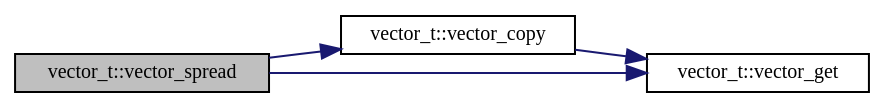
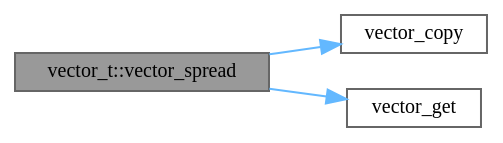
One commit to evjeesm/vector changed the diagram in docs/group__Vector_ga6312527827ba72441feeef4fc4047f94_cgraph.dot. Above: the diagram before and after it, drawn with Graphviz. The commit also changed 166 other files, not shown here.

```diff
--- a/docs/group__Vector_ga6312527827ba72441feeef4fc4047f94_cgraph.dot
+++ b/docs/group__Vector_ga6312527827ba72441feeef4fc4047f94_cgraph.dot
@@ -1,15 +1,14 @@
 digraph "vector_t::vector_spread"
 {
  // INTERACTIVE_SVG=YES
  // LATEX_PDF_SIZE
   bgcolor="transparent";
-  edge [fontname="Mononoki",fontsize="10",labelfontname="Mononoki",labelfontsize="10"];
-  node [fontname="Mononoki",fontsize="10",shape=record];
+  edge [fontname=Mononoki,fontsize=10,labelfontname=Mononoki,labelfontsize=10];
+  node [fontname=Mononoki,fontsize=10,shape=box,height=0.2,width=0.4];
   rankdir="LR";
-  Node1 [label="vector_t::vector_spread",height=0.2,width=0.4,color="black", fillcolor="grey75", style="filled", fontcolor="black",tooltip="Duplicates existing element across range."];
-  Node1 -> Node2 [color="midnightblue",fontsize="10",style="solid",fontname="Mononoki"];
-  Node2 [label="vector_t::vector_copy",height=0.2,width=0.4,color="black",URL="$group__Vector.html#gabf21611afbbdda61da4ffa361fc783dc",tooltip="Copy element range to other location."];
-  Node2 -> Node3 [color="midnightblue",fontsize="10",style="solid",fontname="Mononoki"];
-  Node3 [label="vector_t::vector_get",height=0.2,width=0.4,color="black",URL="$group__Vector.html#ga9437d9506a3b2799f595c88b82f160b3",tooltip="Returns pointer for the element at index."];
-  Node1 -> Node3 [color="midnightblue",fontsize="10",style="solid",fontname="Mononoki"];
+  Node1 [id="Node000001",label="vector_t::vector_spread",height=0.2,width=0.4,color="gray40", fillcolor="grey60", style="filled", fontcolor="black",tooltip="Duplicates existing element across range."];
+  Node1 -> Node2 [id="edge1_Node000001_Node000002",color="steelblue1",style="solid",tooltip=" "];
+  Node2 [id="Node000002",label="vector_copy",height=0.2,width=0.4,color="grey40", fillcolor="white", style="filled",URL="$group__Vector.html#gabf21611afbbdda61da4ffa361fc783dc",tooltip="Copy element range to other location."];
+  Node1 -> Node3 [id="edge2_Node000001_Node000003",color="steelblue1",style="solid",tooltip=" "];
+  Node3 [id="Node000003",label="vector_get",height=0.2,width=0.4,color="grey40", fillcolor="white", style="filled",URL="$group__Vector.html#ga9437d9506a3b2799f595c88b82f160b3",tooltip="Returns pointer for the element at index."];
 }
```
